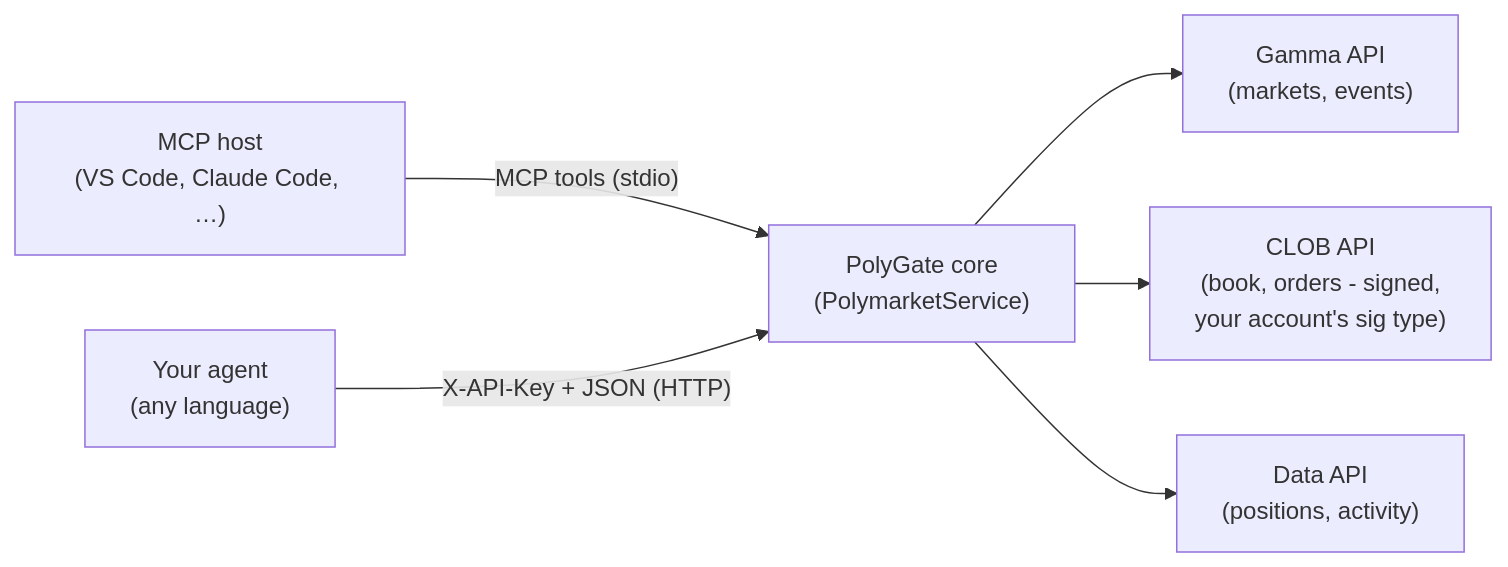
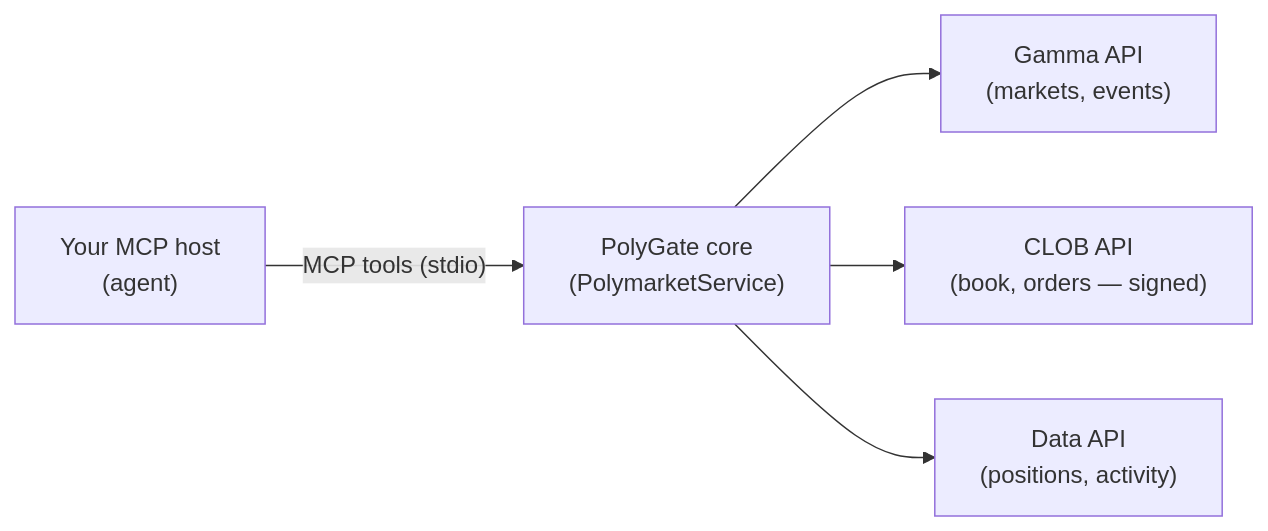
One commit to ilmari99/polygate-connector changed the diagram in README.md. Above: the diagram before and after it, drawn with Mermaid. The commit also changed other lines of this file and 2 other files, not shown here.

````diff
--- a/README.md
+++ b/README.md
@@ -28,8 +82,7 @@
 ```mermaid
 flowchart LR
-    MCP["MCP host\n(VS Code, Claude Code, …)"] -- "MCP tools (stdio)" --> Core
-    Agent["Your agent\n(any language)"] -- "X-API-Key + JSON (HTTP)" --> Core["PolyGate core\n(PolymarketService)"]
+    Host["Your MCP host\n(agent)"] -- "MCP tools (stdio)" --> Core["PolyGate core\n(PolymarketService)"]
     Core --> Gamma["Gamma API\n(markets, events)"]
-    Core --> CLOB["CLOB API\n(book, orders - signed,\nyour account's sig type)"]
+    Core --> CLOB["CLOB API\n(book, orders — signed)"]
     Core --> Data["Data API\n(positions, activity)"]
 ```
````
